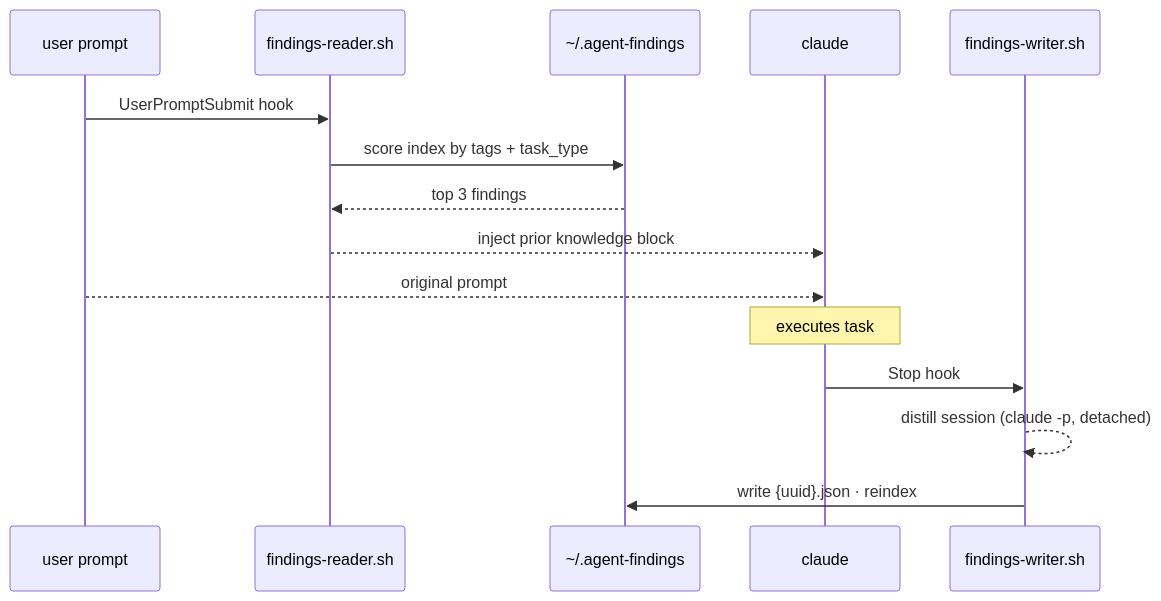
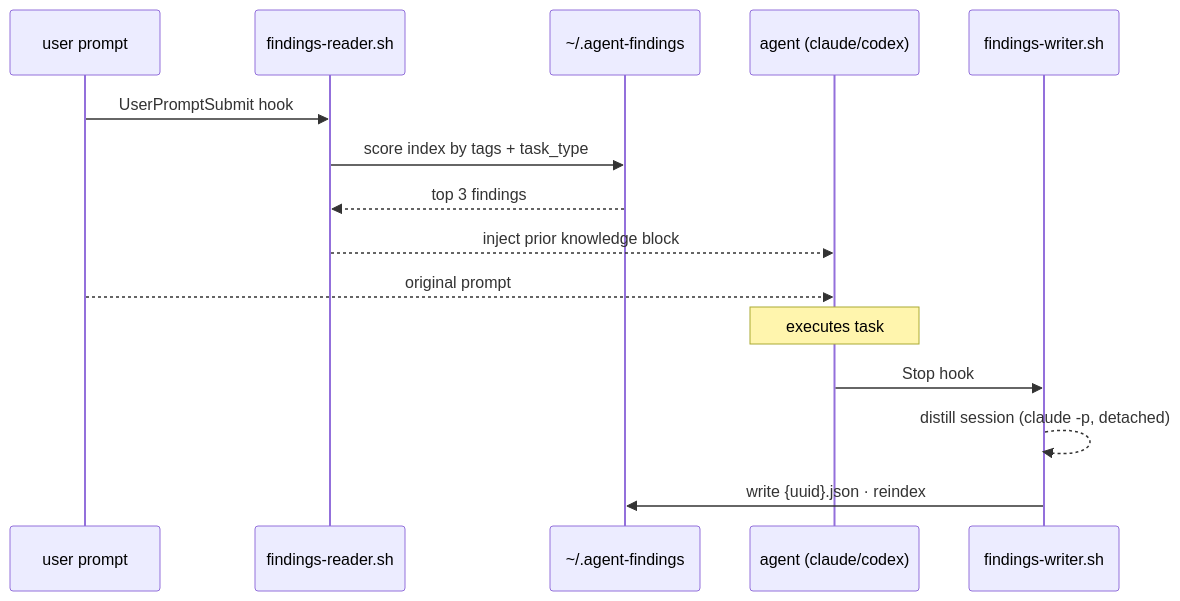
One commit to krish-shahh/agent-findings changed the diagram in README.md. Above: the diagram before and after it, drawn with Mermaid. The commit also changed 1 other file, not shown here.

Commit message:
fix: generic diagram, stamp source.agent correctly for Codex
- README diagram: 'claude' participant renamed to 'agent (claude/codex)'
- findings-writer: detect which agent fired Stop hook (claude-code sends
  transcript_path, codex does not) and stamp source.agent accordingly

````diff
--- a/README.md
+++ b/README.md
@@ -47,18 +47,18 @@
 ```mermaid
 sequenceDiagram
     participant P as user prompt
     participant R as findings-reader.sh
     participant S as ~/.agent-findings
-    participant C as claude
+    participant C as agent (claude/codex)
     participant W as findings-writer.sh
 
     P->>R: UserPromptSubmit hook
     R->>S: score index by tags + task_type
     S-->>R: top 3 findings
     R-->>C: inject prior knowledge block
     P-->>C: original prompt
     Note over C: executes task
     C->>W: Stop hook
     W-->>W: distill session (claude -p, detached)
     W->>S: write {uuid}.json · reindex
 ```
````
